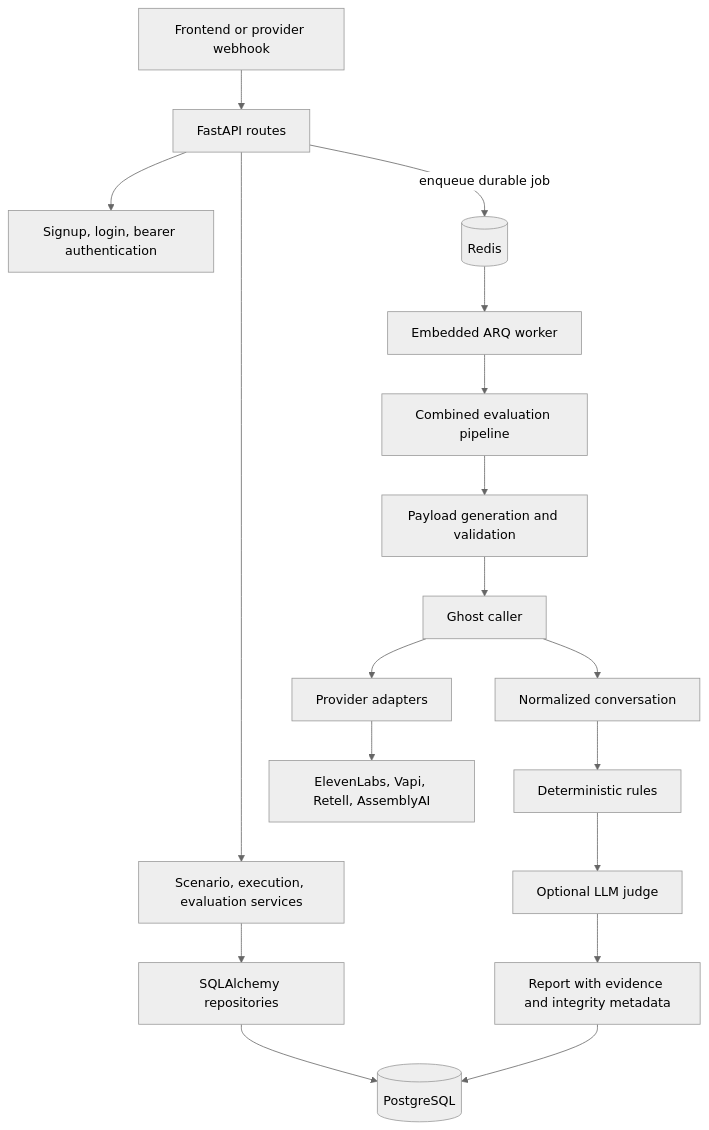
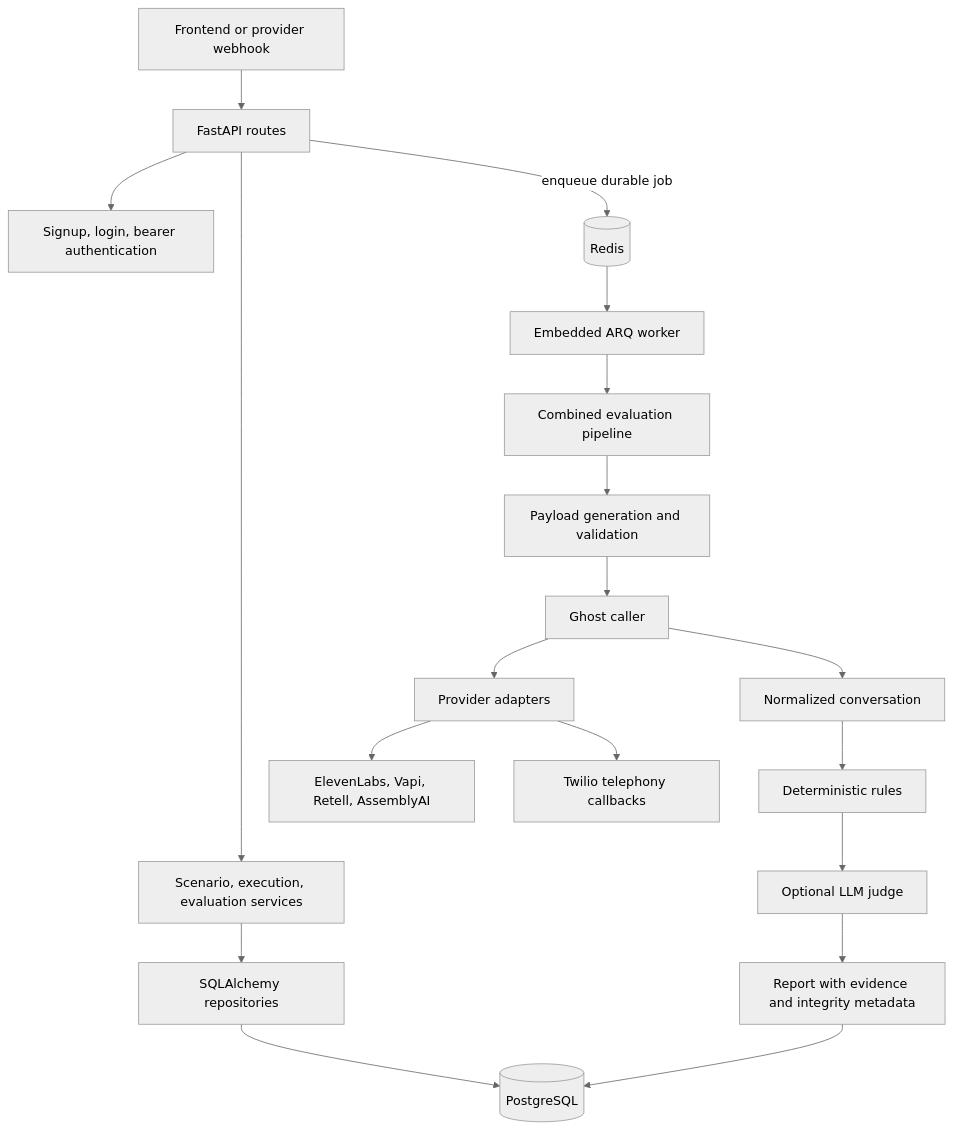
Before and after one commit to novora-voice/novora-backend: the diagram in backend/README.md, drawn with Mermaid (neutral theme). The commit also changed other lines of this file, not shown here.

````diff
--- a/backend/README.md
+++ b/backend/README.md
@@ -7,20 +9,21 @@
 ```mermaid
 flowchart TB
     Client[Frontend or provider webhook] --> Routes[FastAPI routes]
     Routes --> Auth[Signup, login, bearer authentication]
     Routes --> Domain[Scenario, execution, evaluation services]
     Domain --> Repos[SQLAlchemy repositories]
     Repos --> DB[(PostgreSQL)]
     Routes -->|enqueue durable job| Redis[(Redis)]
     Redis --> Worker[Embedded ARQ worker]
     Worker --> Pipeline[Combined evaluation pipeline]
     Pipeline --> Payload[Payload generation and validation]
     Payload --> Ghost[Ghost caller]
     Ghost --> Adapters[Provider adapters]
     Adapters --> External[ElevenLabs, Vapi, Retell, AssemblyAI]
+    Adapters --> Twilio[Twilio telephony callbacks]
     Ghost --> Transcript[Normalized conversation]
     Transcript --> Rules[Deterministic rules]
     Rules --> Judge[Optional LLM judge]
     Judge --> Report[Report with evidence and integrity metadata]
     Report --> DB
 ```
````
